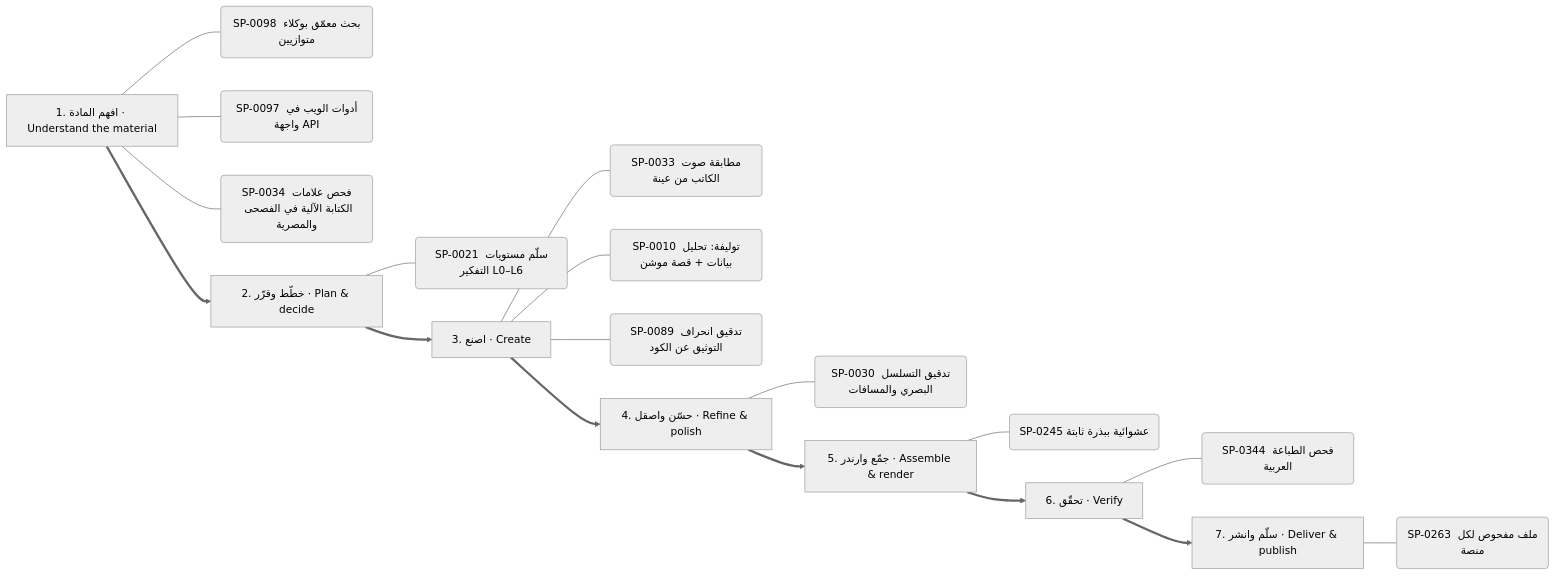
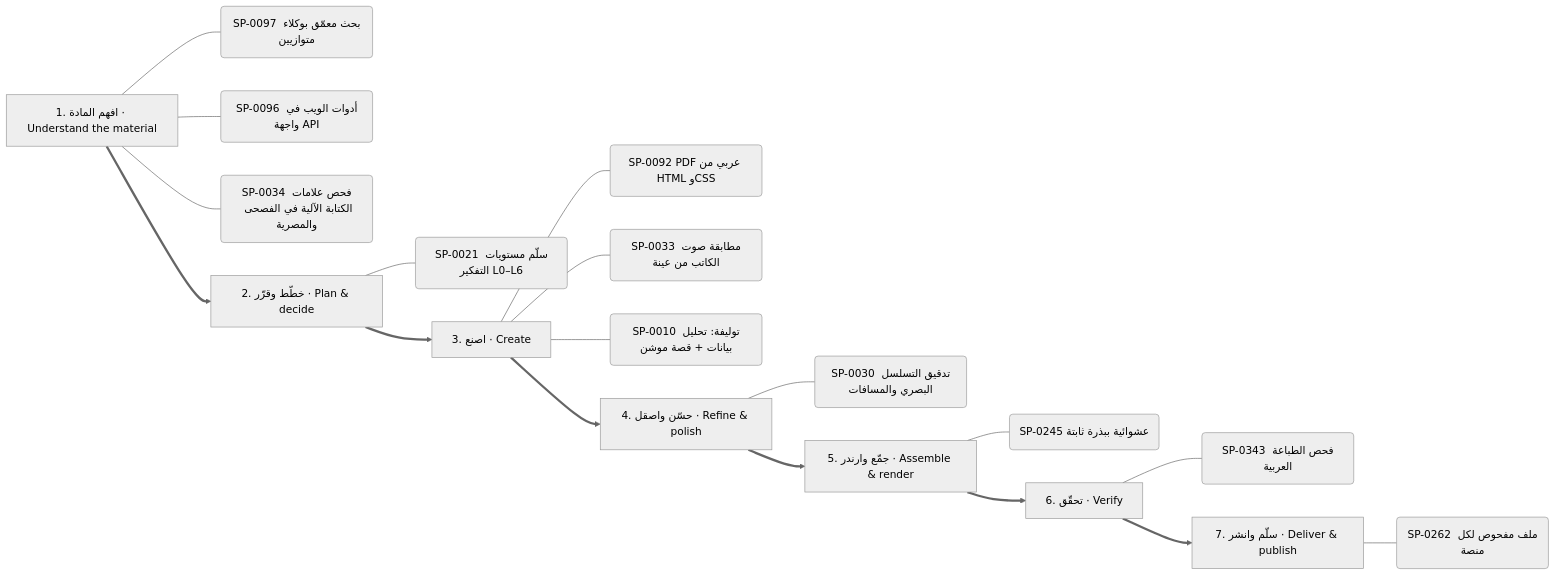
Diagram 13 of 13 in .claude/skills/kosif-superpowers/references/capability-mindmap.md (kosif199022-jpg/kosif-tool), drawn with Mermaid (neutral theme) before and after one commit. The commit also changed other lines of this file and 61 other files, not shown here.

````diff
--- a/.claude/skills/kosif-superpowers/references/capability-mindmap.md
+++ b/.claude/skills/kosif-superpowers/references/capability-mindmap.md
@@ -635,27 +636,27 @@
 ```mermaid
 flowchart LR
   S0["1. افهم المادة · Understand the material"]
-  S0 --- S0_0("SP-0098 بحث معمّق بوكلاء متوازيين")
-  S0 --- S0_1("SP-0097 أدوات الويب في واجهة API")
+  S0 --- S0_0("SP-0097 بحث معمّق بوكلاء متوازيين")
+  S0 --- S0_1("SP-0096 أدوات الويب في واجهة API")
   S0 --- S0_2("SP-0034 فحص علامات الكتابة الآلية في الفصحى والمصرية")
   S1["2. خطّط وقرّر · Plan & decide"]
   S1 --- S1_0("SP-0021 سلّم مستويات التفكير L0–L6")
   S0 ==> S1
   S2["3. اصنع · Create"]
-  S2 --- S2_0("SP-0033 مطابقة صوت الكاتب من عينة")
-  S2 --- S2_1("SP-0010 توليفة: تحليل بيانات + قصة موشن")
-  S2 --- S2_2("SP-0089 تدقيق انحراف التوثيق عن الكود")
+  S2 --- S2_0("SP-0092 PDF عربي من HTML وCSS")
+  S2 --- S2_1("SP-0033 مطابقة صوت الكاتب من عينة")
+  S2 --- S2_2("SP-0010 توليفة: تحليل بيانات + قصة موشن")
   S1 ==> S2
   S3["4. حسّن واصقل · Refine & polish"]
   S3 --- S3_0("SP-0030 تدقيق التسلسل البصري والمسافات")
   S2 ==> S3
   S4["5. جمّع وارندر · Assemble & render"]
   S4 --- S4_0("SP-0245 عشوائية ببذرة ثابتة")
   S3 ==> S4
   S5["6. تحقّق · Verify"]
-  S5 --- S5_0("SP-0344 فحص الطباعة العربية")
+  S5 --- S5_0("SP-0343 فحص الطباعة العربية")
   S4 ==> S5
   S6["7. سلّم وانشر · Deliver & publish"]
-  S6 --- S6_0("SP-0263 ملف مفحوص لكل منصة")
+  S6 --- S6_0("SP-0262 ملف مفحوص لكل منصة")
   S5 ==> S6
 ```
````
